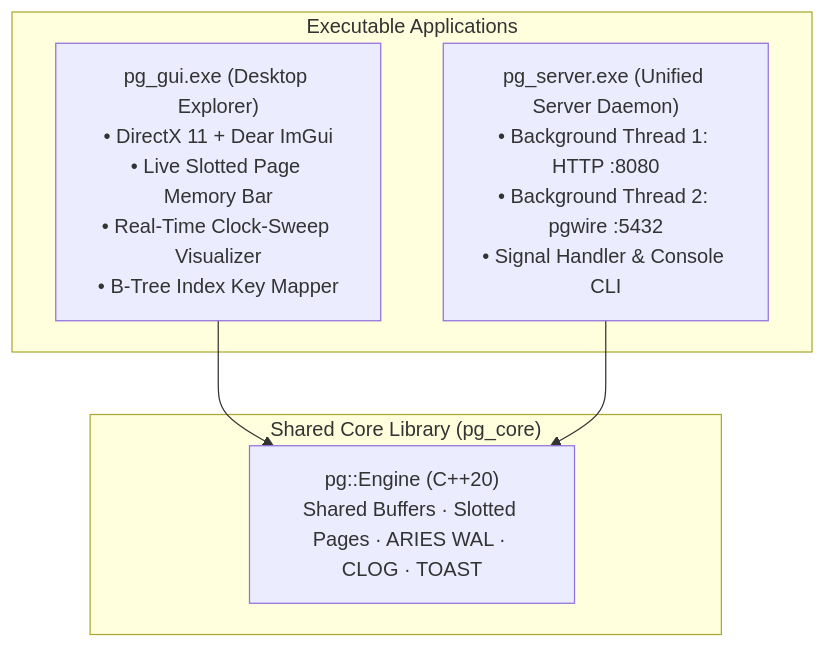
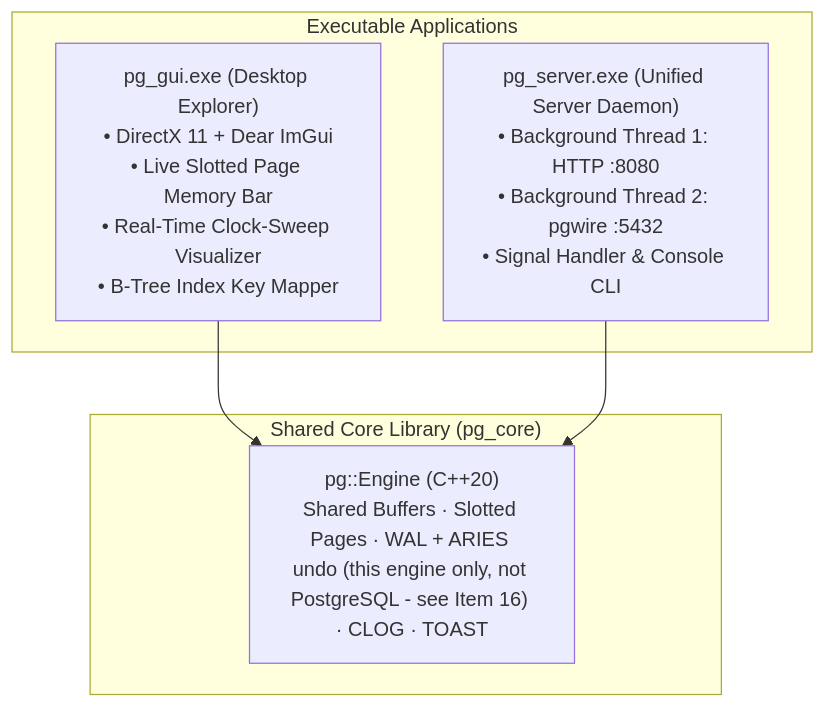
Before and after one commit to Nimastic/cpp-postgres: the first of 2 diagrams in notes/atlas/20-desktop-gui-and-unified-server.md, drawn with Mermaid. The commit also changed other lines of this file and 62 other files, not shown here.

Commit message:
fix(core): remediate architecture audit findings (durability, sessions, recovery, single-gateway)

````diff
--- a/notes/atlas/20-desktop-gui-and-unified-server.md
+++ b/notes/atlas/20-desktop-gui-and-unified-server.md
@@ -14,14 +14,14 @@
 ```mermaid
 flowchart TD
     subgraph StandaloneApps["Executable Applications"]
         GUI["pg_gui.exe (Desktop Explorer)\n• DirectX 11 + Dear ImGui\n• Live Slotted Page Memory Bar\n• Real-Time Clock-Sweep Visualizer\n• B-Tree Index Key Mapper"]
         SRV["pg_server.exe (Unified Server Daemon)\n• Background Thread 1: HTTP :8080\n• Background Thread 2: pgwire :5432\n• Signal Handler & Console CLI"]
     end
 
     subgraph CoreEngine["Shared Core Library (pg_core)"]
-        ENG["pg::Engine (C++20)\nShared Buffers · Slotted Pages · ARIES WAL · CLOG · TOAST"]
+        ENG["pg::Engine (C++20)\nShared Buffers · Slotted Pages · WAL + ARIES undo (this engine only, not PostgreSQL - see Item 16) · CLOG · TOAST"]
     end
 
     GUI --> ENG
     SRV --> ENG
 ```
````
